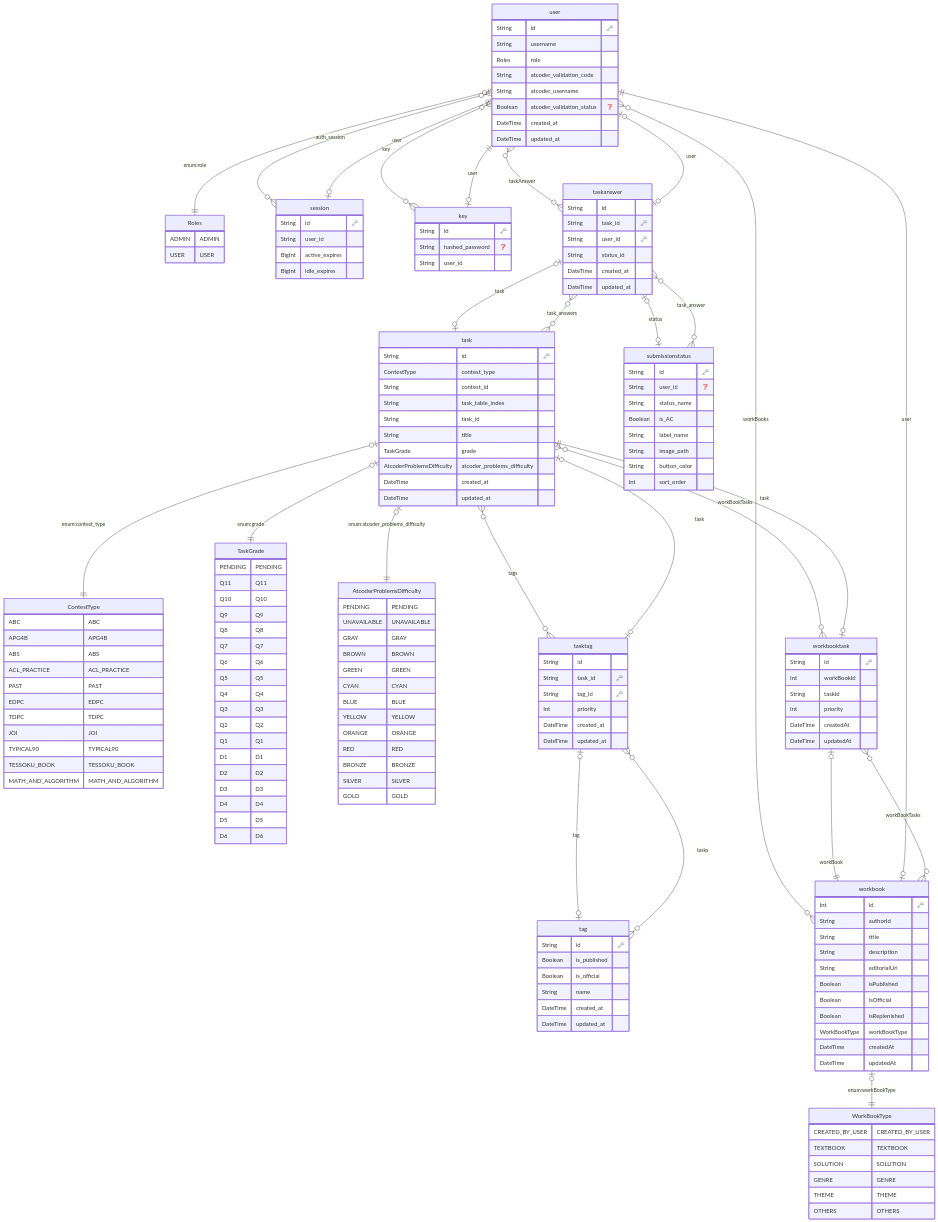
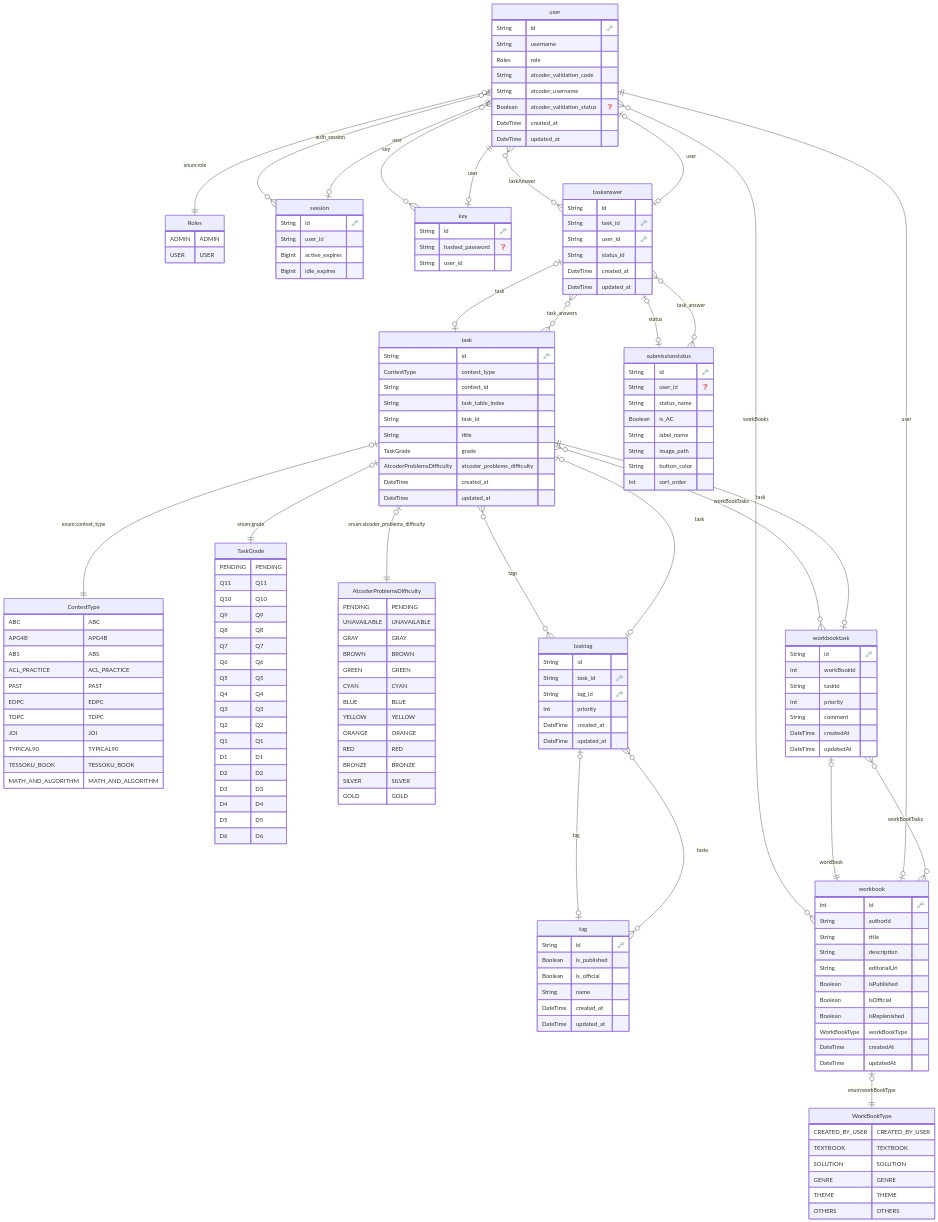
Before and after one commit to AtCoder-NoviSteps/AtCoderNoviSteps: the diagram in prisma/ERD.md, drawn with Mermaid. The commit also changed 4 other files, not shown here.

```diff
--- a/prisma/ERD.md
+++ b/prisma/ERD.md
@@ -177,6 +177,7 @@
     Int workBookId 
     String taskId 
     Int priority 
+    String comment 
     DateTime createdAt 
     DateTime updatedAt 
     }
```
